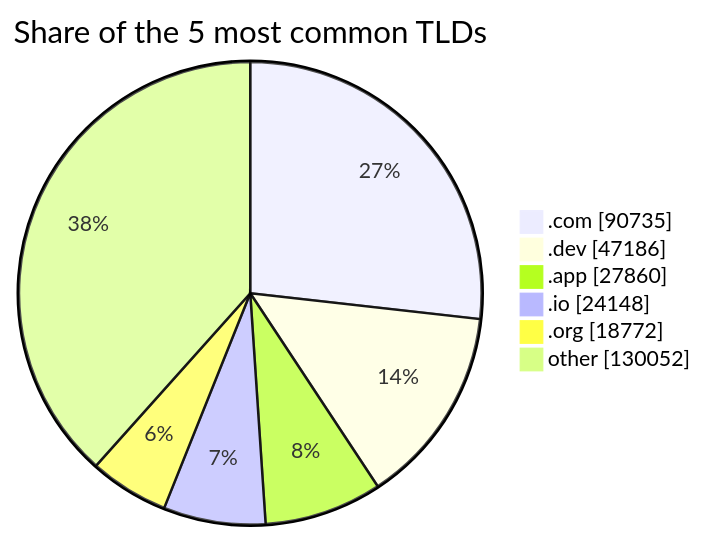
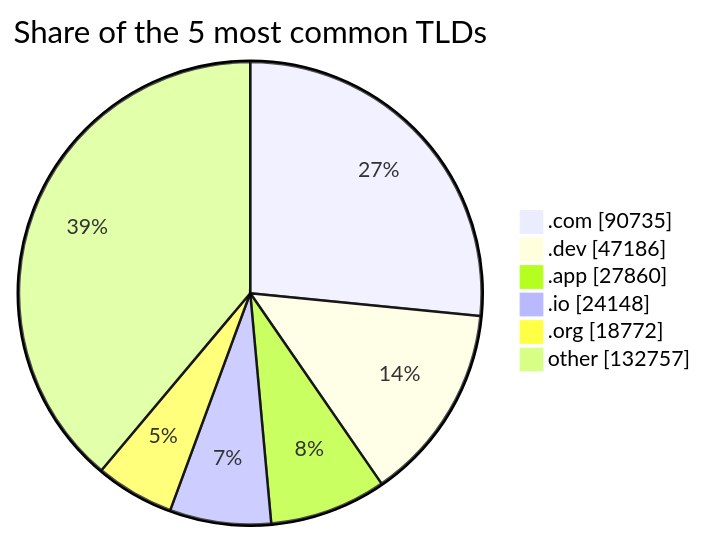
Before and after one commit to DNSBunker/CTI: the third of 3 diagrams in README.md, drawn with Mermaid. The commit also changed other lines of this file and 3 other files, not shown here.

````diff
--- a/README.md
+++ b/README.md
@@ -81,9 +81,9 @@
 ```mermaid
 pie showData title Share of the 5 most common TLDs
     ".com" : 90735
     ".dev" : 47186
     ".app" : 27860
     ".io" : 24148
     ".org" : 18772
-    "other" : 130052
+    "other" : 132757
 ```
````
